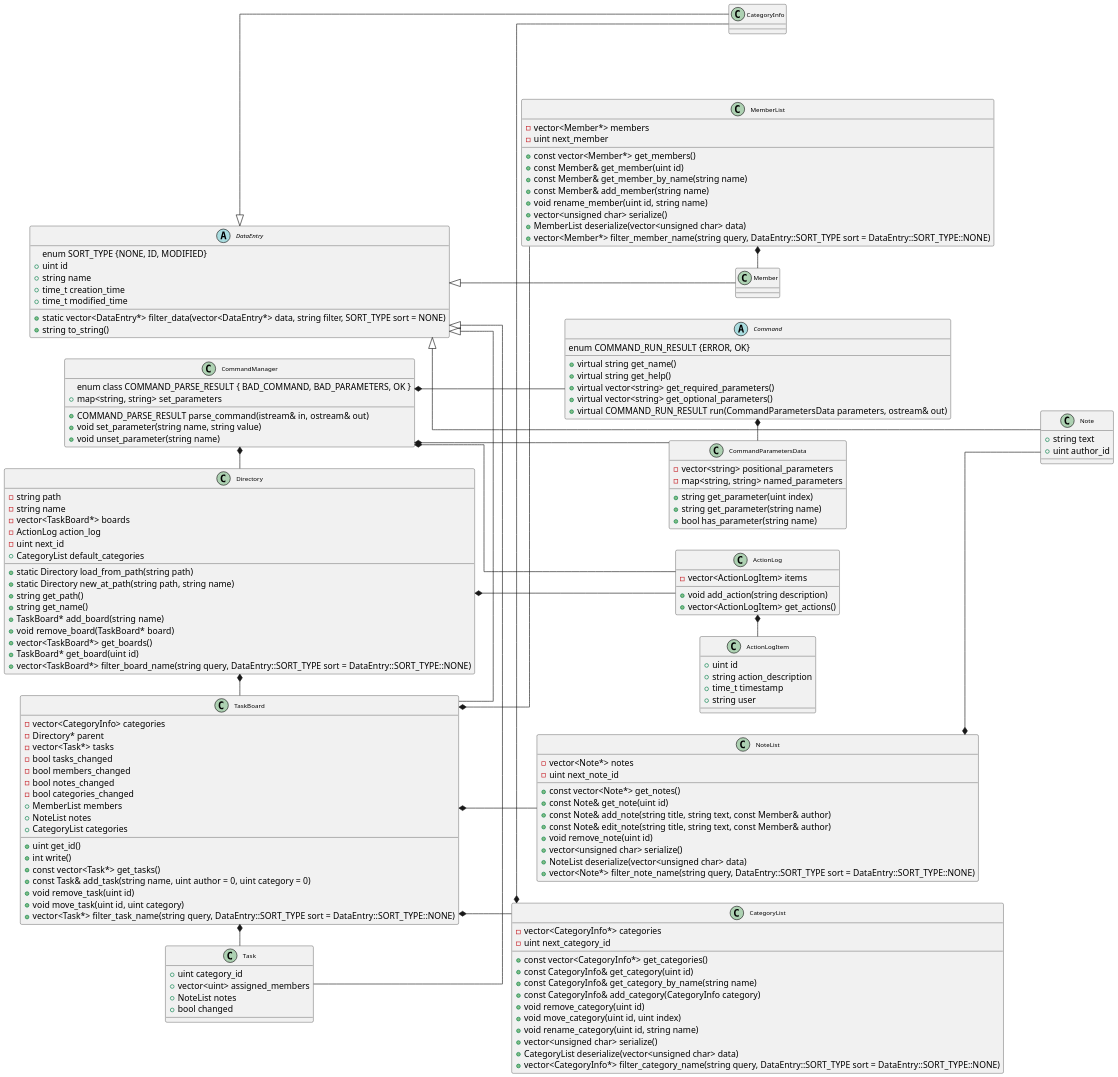
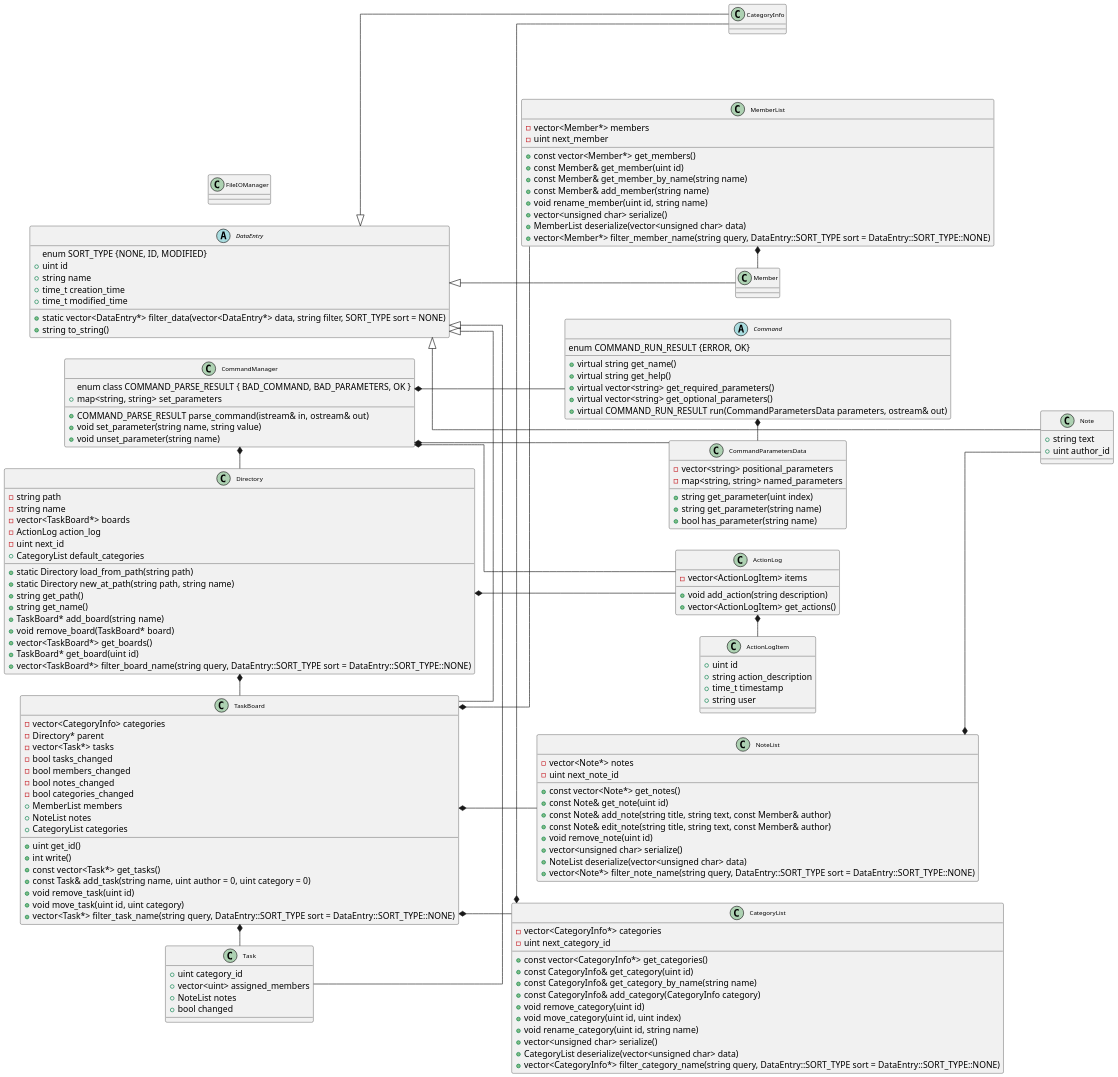
One commit to IsaiasB1122/CS100-Project changed the diagram in docs/ClassRelationDiagram.puml. Above: the diagram before and after it, drawn with PlantUML.

Commit message:
Added fileiomanager class

```diff
--- a/docs/ClassRelationDiagram.puml
+++ b/docs/ClassRelationDiagram.puml
@@ -1,167 +1,171 @@
 @startuml
 scale 1.5
 skinparam class {
     Padding 4
     Margin 8
     FontSize 10
 }
 
 left to right direction
 
 abstract class DataEntry {
     enum SORT_TYPE {NONE, ID, MODIFIED}
     + uint id
     + string name
     + time_t creation_time
     + time_t modified_time
     + static vector<DataEntry*> filter_data(vector<DataEntry*> data, string filter, SORT_TYPE sort = NONE)
     + string to_string()
 }
 
 DataEntry  <|--  Note
 Note : + string text
 Note : + uint author_id
 
 DataEntry <|-- CategoryInfo
 DataEntry <|-- Member
 
 DataEntry <|- Task
 Task : + uint category_id
 Task : + vector<uint> assigned_members
 Task : + NoteList notes
 Task : + bool changed
 
 DataEntry <|- TaskBoard
 TaskBoard : - vector<CategoryInfo> categories
 TaskBoard : - Directory* parent
 TaskBoard : - vector<Task*> tasks
 TaskBoard : - bool tasks_changed
 TaskBoard : - bool members_changed
 TaskBoard : - bool notes_changed
 TaskBoard : - bool categories_changed
 TaskBoard : + MemberList members
 TaskBoard : + NoteList notes
 TaskBoard : + CategoryList categories
 TaskBoard : + uint get_id()
 TaskBoard : + int write()
 TaskBoard : + const vector<Task*> get_tasks()
 TaskBoard : + const Task& add_task(string name, uint author = 0, uint category = 0)
 TaskBoard : + void remove_task(uint id)
 TaskBoard : + void move_task(uint id, uint category)
 TaskBoard : + vector<Task*> filter_task_name(string query, DataEntry::SORT_TYPE sort = DataEntry::SORT_TYPE::NONE)
 
 class NoteList {
     - vector<Note*> notes
     - uint next_note_id
     + const vector<Note*> get_notes()
     + const Note& get_note(uint id)
     + const Note& add_note(string title, string text, const Member& author)
     + const Note& edit_note(string title, string text, const Member& author)
     + void remove_note(uint id)
     + vector<unsigned char> serialize()
     + NoteList deserialize(vector<unsigned char> data)
     + vector<Note*> filter_note_name(string query, DataEntry::SORT_TYPE sort = DataEntry::SORT_TYPE::NONE)
 }
 
 class CategoryList {
     - vector<CategoryInfo*> categories
     - uint next_category_id
     + const vector<CategoryInfo*> get_categories()
     + const CategoryInfo& get_category(uint id)
     + const CategoryInfo& get_category_by_name(string name)
     + const CategoryInfo& add_category(CategoryInfo category)
     + void remove_category(uint id)
     + void move_category(uint id, uint index)
     + void rename_category(uint id, string name)
     + vector<unsigned char> serialize()
     + CategoryList deserialize(vector<unsigned char> data)
     + vector<CategoryInfo*> filter_category_name(string query, DataEntry::SORT_TYPE sort = DataEntry::SORT_TYPE::NONE)
 }
 
 class MemberList {
     - vector<Member*> members
     - uint next_member
     + const vector<Member*> get_members()
     + const Member& get_member(uint id)
     + const Member& get_member_by_name(string name)
     + const Member& add_member(string name)
     + void rename_member(uint id, string name)
     + vector<unsigned char> serialize()
     + MemberList deserialize(vector<unsigned char> data)
     + vector<Member*> filter_member_name(string query, DataEntry::SORT_TYPE sort = DataEntry::SORT_TYPE::NONE)
 }
 
 class Directory {
     - string path
     - string name
     - vector<TaskBoard*> boards
     - ActionLog action_log
     - uint next_id
     + CategoryList default_categories
     + static Directory load_from_path(string path)
     + static Directory new_at_path(string path, string name)
     + string get_path()
     + string get_name()
     + TaskBoard* add_board(string name)
     + void remove_board(TaskBoard* board)
     + vector<TaskBoard*> get_boards()
     + TaskBoard* get_board(uint id)
     + vector<TaskBoard*> filter_board_name(string query, DataEntry::SORT_TYPE sort = DataEntry::SORT_TYPE::NONE)
 }
 
 class CommandManager {
     enum class COMMAND_PARSE_RESULT { BAD_COMMAND, BAD_PARAMETERS, OK }
     + COMMAND_PARSE_RESULT parse_command(istream& in, ostream& out)
     + void set_parameter(string name, string value)
     + void unset_parameter(string name)
     + map<string, string> set_parameters
 }
 
 class CommandParametersData {
     - vector<string> positional_parameters
     - map<string, string> named_parameters
     + string get_parameter(uint index)
     + string get_parameter(string name)
     + bool has_parameter(string name)
 }
 
 abstract class Command {
     enum COMMAND_RUN_RESULT {ERROR, OK}
     + virtual string get_name()
     + virtual string get_help()
     + virtual vector<string> get_required_parameters()
     + virtual vector<string> get_optional_parameters()
     + virtual COMMAND_RUN_RESULT run(CommandParametersData parameters, ostream& out)
 }
 
 class ActionLogItem {
     + uint id
     + string action_description
     + time_t timestamp
     + string user
 }
 
 class ActionLog {
     - vector<ActionLogItem> items
     + void add_action(string description)
     + vector<ActionLogItem> get_actions()
 }
 
+class FileIOManager {
+    
+}
+
 skinparam linetype ortho
 
 NoteList *-- Note
 CategoryInfo -* CategoryList
 MemberList *- Member
 TaskBoard *-- NoteList
 TaskBoard *- CategoryList
 TaskBoard *--  MemberList
 TaskBoard *- Task
 Directory *- TaskBoard
 Directory *- ActionLog
 ActionLog *-  ActionLogItem
 CommandManager *--  Command
 CommandManager  *--  CommandParametersData
 CommandManager *--  ActionLog
 CommandManager *-  Directory
 Command  *-  CommandParametersData
 @enduml
```
